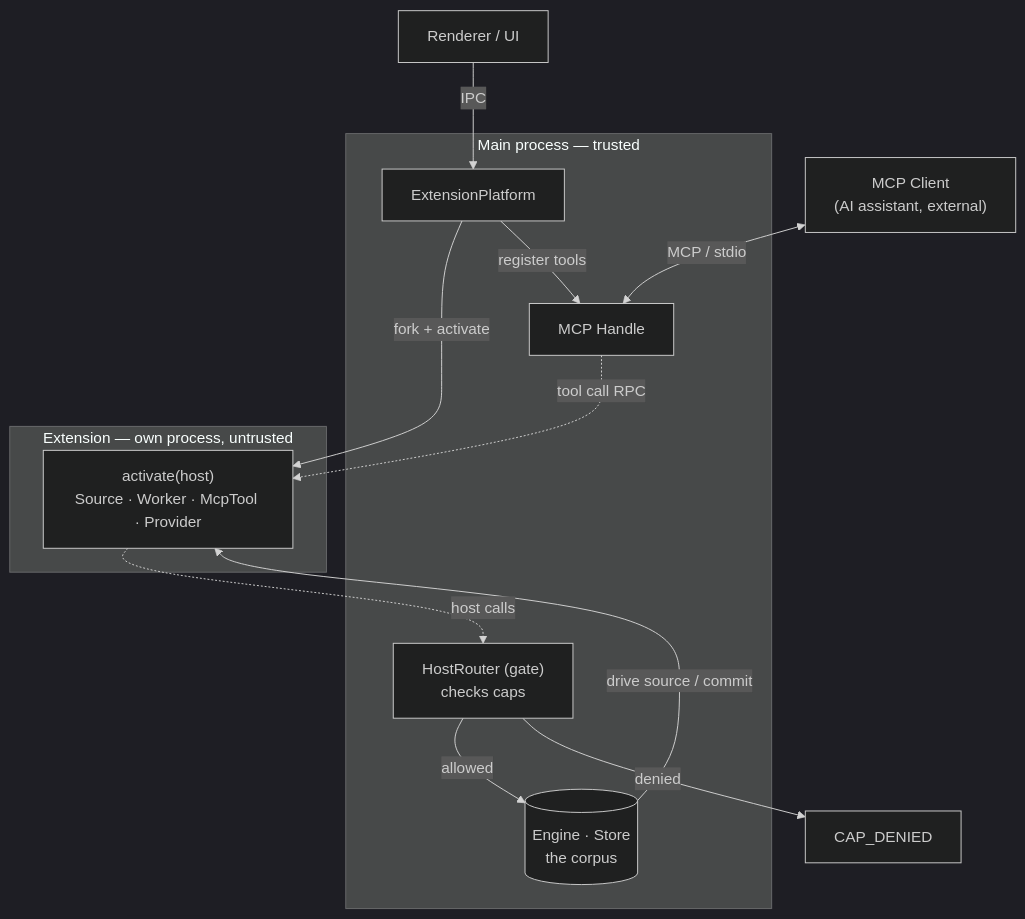
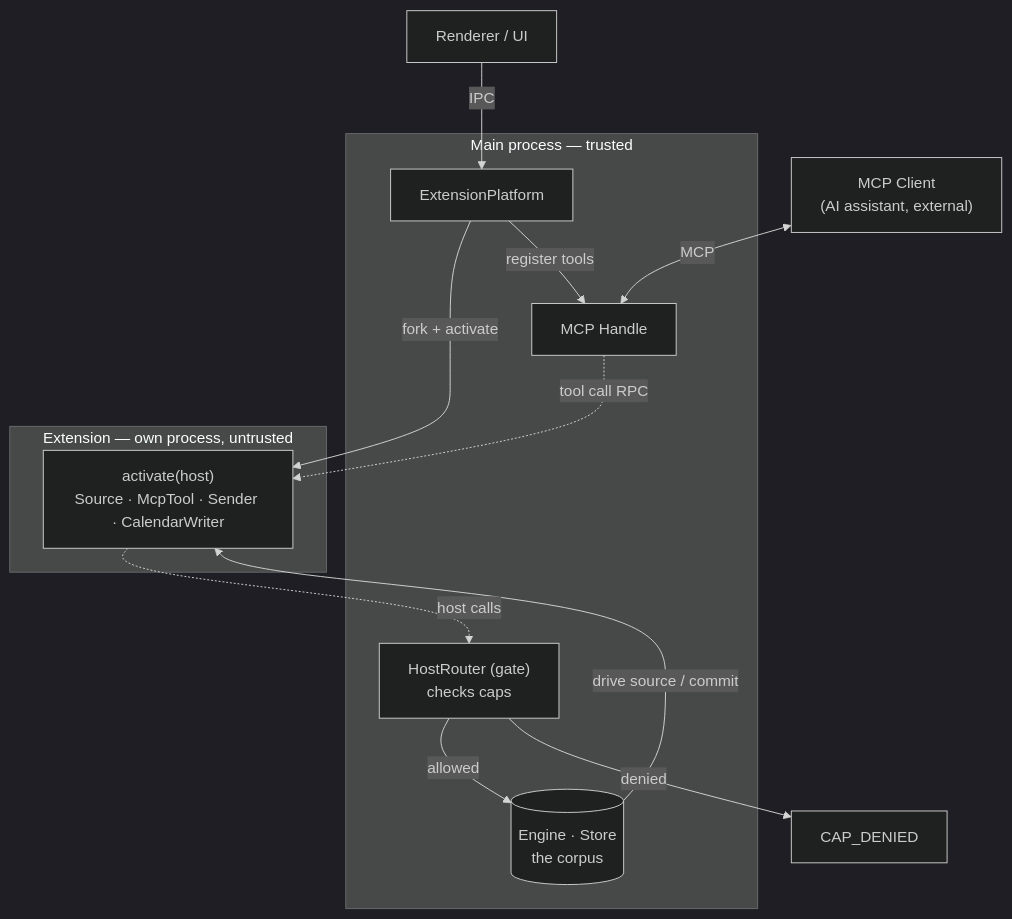
One commit to edjafarov/kiagent-core changed the first of 2 diagrams in docs/architecture/extension-platform.md. Above: the diagram before and after it, drawn with Mermaid (dark theme). The commit also changed other lines of this file and 8 other files, not shown here.

Commit message:
docs: architecture and extension guides match v0.138 — runtime and composition, DB writer/read workers and schema v25, converter child and container expansion, admission and lent work, multi-device, Outbox and the MCP review gate, 17 MCP tools, platform API 2.21 / SDK 1.14

````diff
--- a/docs/architecture/extension-platform.md
+++ b/docs/architecture/extension-platform.md
@@ -9,29 +9,29 @@
 ```mermaid
 flowchart TB
     UI["Renderer / UI"]
     CLIENT["MCP Client<br/>(AI assistant, external)"]
 
     subgraph MAIN["Main process — trusted"]
         PLAT["ExtensionPlatform"]
         GATE["HostRouter (gate)<br/>checks caps"]
         MCP["MCP Handle"]
         CORE[("Engine · Store<br/>the corpus")]
     end
 
     subgraph EXT["Extension — own process, untrusted"]
-        CODE["activate(host)<br/>Source · Worker · McpTool · Provider"]
+        CODE["activate(host)<br/>Source · McpTool · Sender · CalendarWriter"]
     end
 
     UI -->|IPC| PLAT
-    CLIENT <-->|MCP / stdio| MCP
+    CLIENT <-->|MCP| MCP
 
     PLAT -->|fork + activate| CODE
     PLAT -->|register tools| MCP
 
     CODE -.host calls.-> GATE
     GATE -->|allowed| CORE
     GATE -->|denied| X["CAP_DENIED"]
 
     MCP -.tool call RPC.-> CODE
     CORE -->|drive source / commit| CODE
 ```
````
